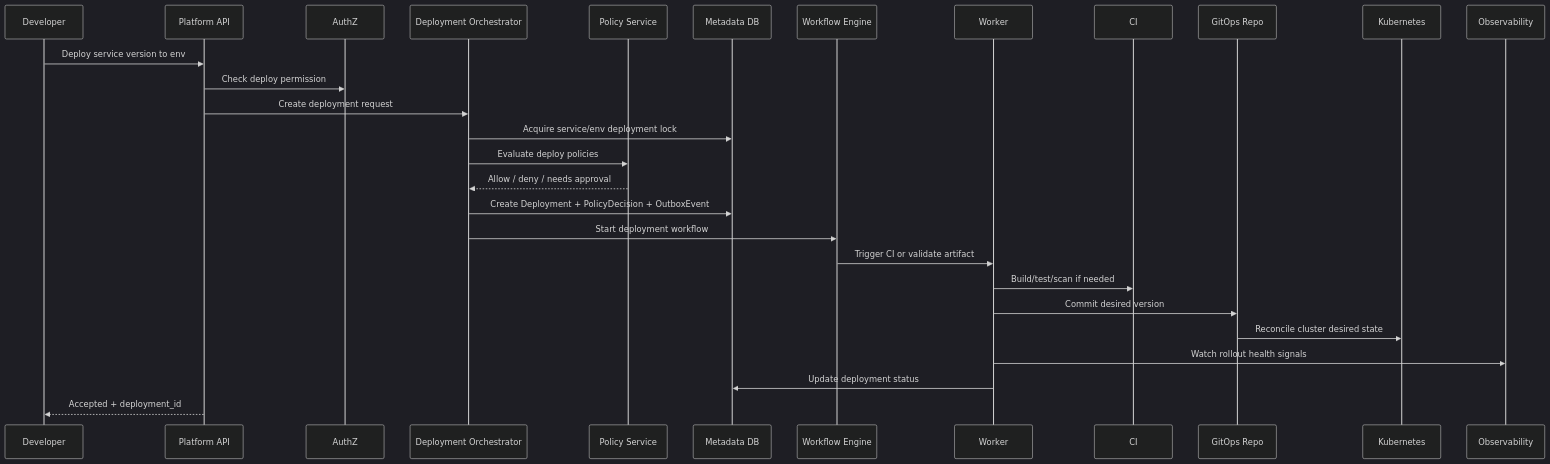
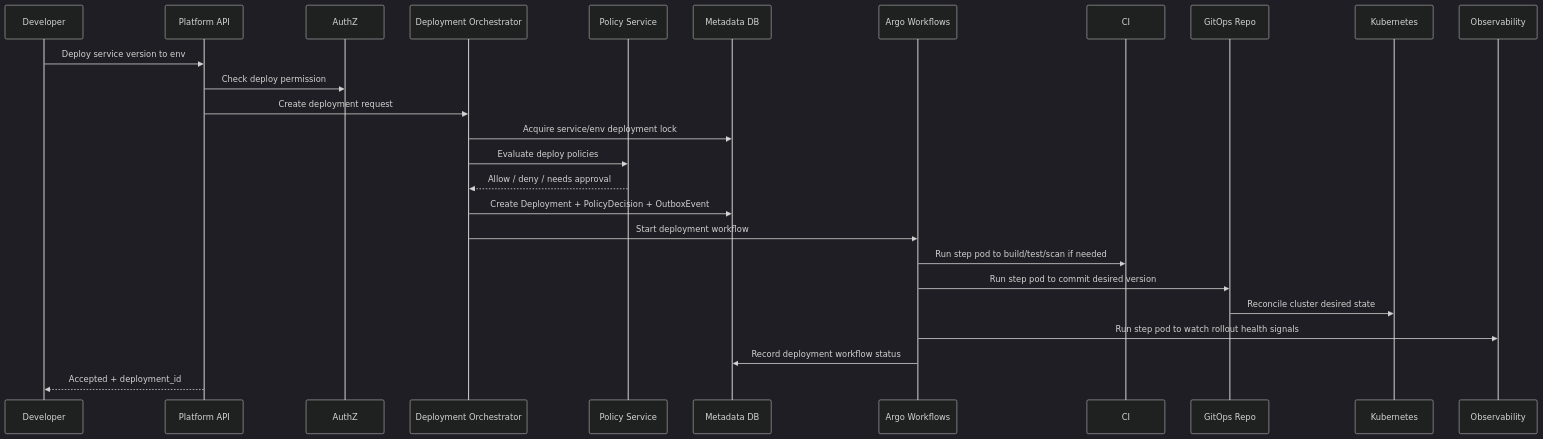
The fourth of 5 diagrams in system-design/grokking/upcoming_system_designs/internal_developer_platform/internal_developer_platform.md (brandon-benge/InterviewPrep), drawn with Mermaid (dark theme) before and after one commit. The commit also changed other lines of this file and 3 other files, not shown here.

````diff
--- a/system-design/grokking/upcoming_system_designs/internal_developer_platform/internal_developer_platform.md
+++ b/system-design/grokking/upcoming_system_designs/internal_developer_platform/internal_developer_platform.md
@@ -497,31 +493,29 @@
 ```mermaid
 sequenceDiagram
     participant Dev as Developer
     participant API as Platform API
     participant Auth as AuthZ
     participant Deploy as Deployment Orchestrator
     participant Policy as Policy Service
     participant DB as Metadata DB
-    participant WF as Workflow Engine
-    participant Worker as Worker
+    participant WF as Argo Workflows
     participant CI as CI
     participant GitOps as GitOps Repo
     participant K8s as Kubernetes
     participant Obs as Observability
 
     Dev->>API: Deploy service version to env
     API->>Auth: Check deploy permission
     API->>Deploy: Create deployment request
     Deploy->>DB: Acquire service/env deployment lock
     Deploy->>Policy: Evaluate deploy policies
     Policy-->>Deploy: Allow / deny / needs approval
     Deploy->>DB: Create Deployment + PolicyDecision + OutboxEvent
     Deploy->>WF: Start deployment workflow
-    WF->>Worker: Trigger CI or validate artifact
-    Worker->>CI: Build/test/scan if needed
-    Worker->>GitOps: Commit desired version
+    WF->>CI: Run step pod to build/test/scan if needed
+    WF->>GitOps: Run step pod to commit desired version
     GitOps->>K8s: Reconcile cluster desired state
-    Worker->>Obs: Watch rollout health signals
-    Worker->>DB: Update deployment status
+    WF->>Obs: Run step pod to watch rollout health signals
+    WF->>DB: Record deployment workflow status
     API-->>Dev: Accepted + deployment_id
 ```
````
